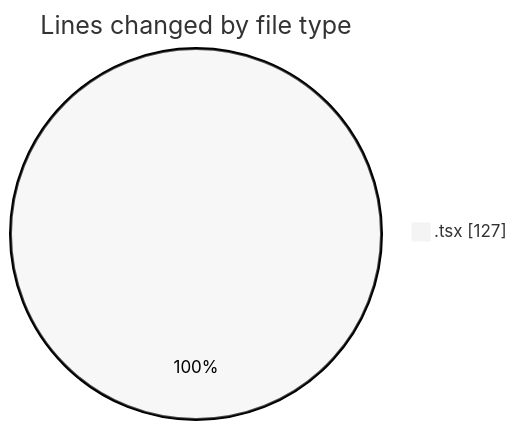
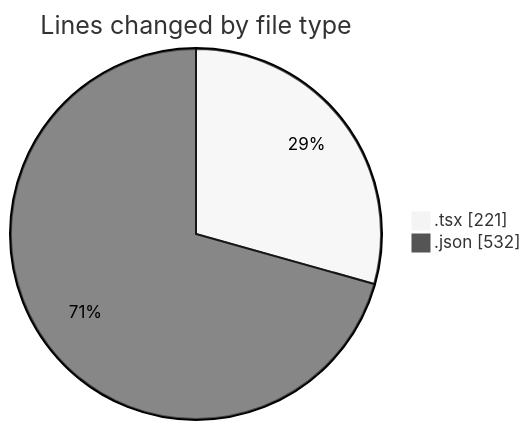
One commit to EIIisD/code-tracking changed the first of 2 diagrams in 2025-08-01/tw-server/README.md. Above: the diagram before and after it, drawn with Mermaid (neutral theme). The commit also changed other lines of this file and 1 other file, not shown here.

````diff
--- a/2025-08-01/tw-server/README.md
+++ b/2025-08-01/tw-server/README.md
@@ -20,5 +21,6 @@
 ```mermaid
 pie showData
 title Lines changed by file type
-".tsx" : 127
+".tsx" : 221
+".json" : 532
 ```
````
